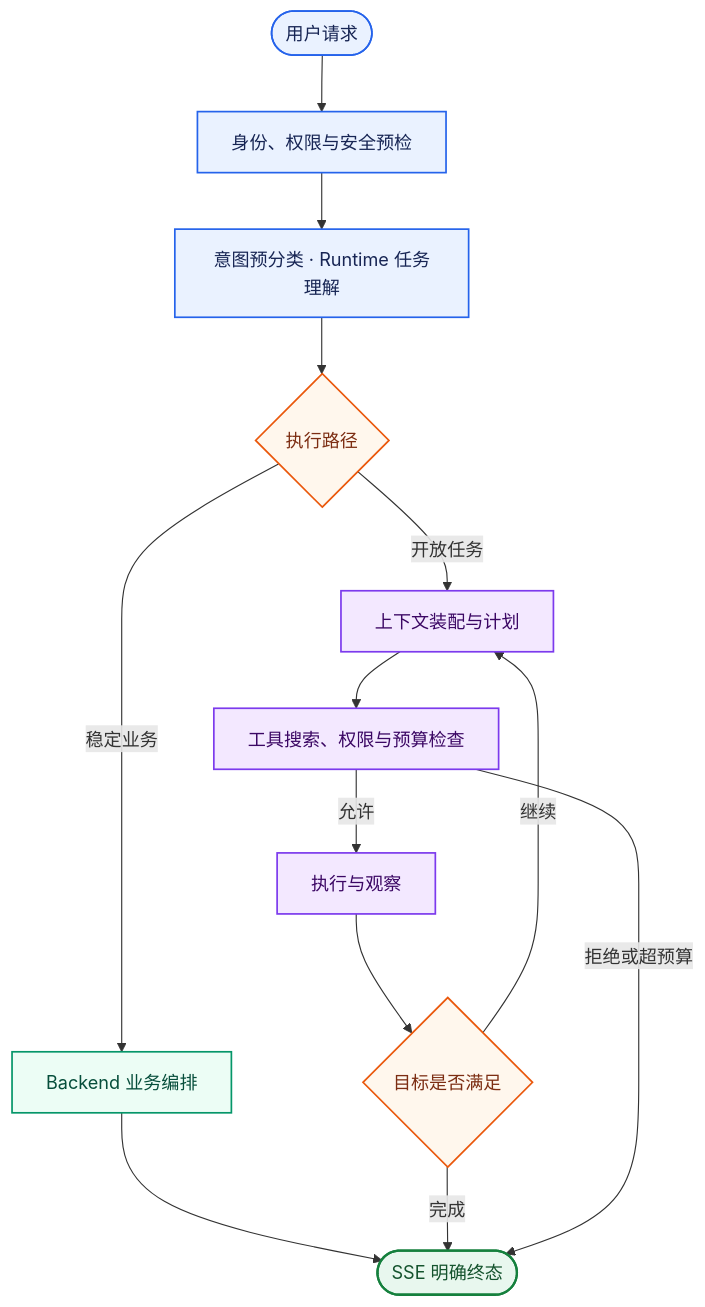
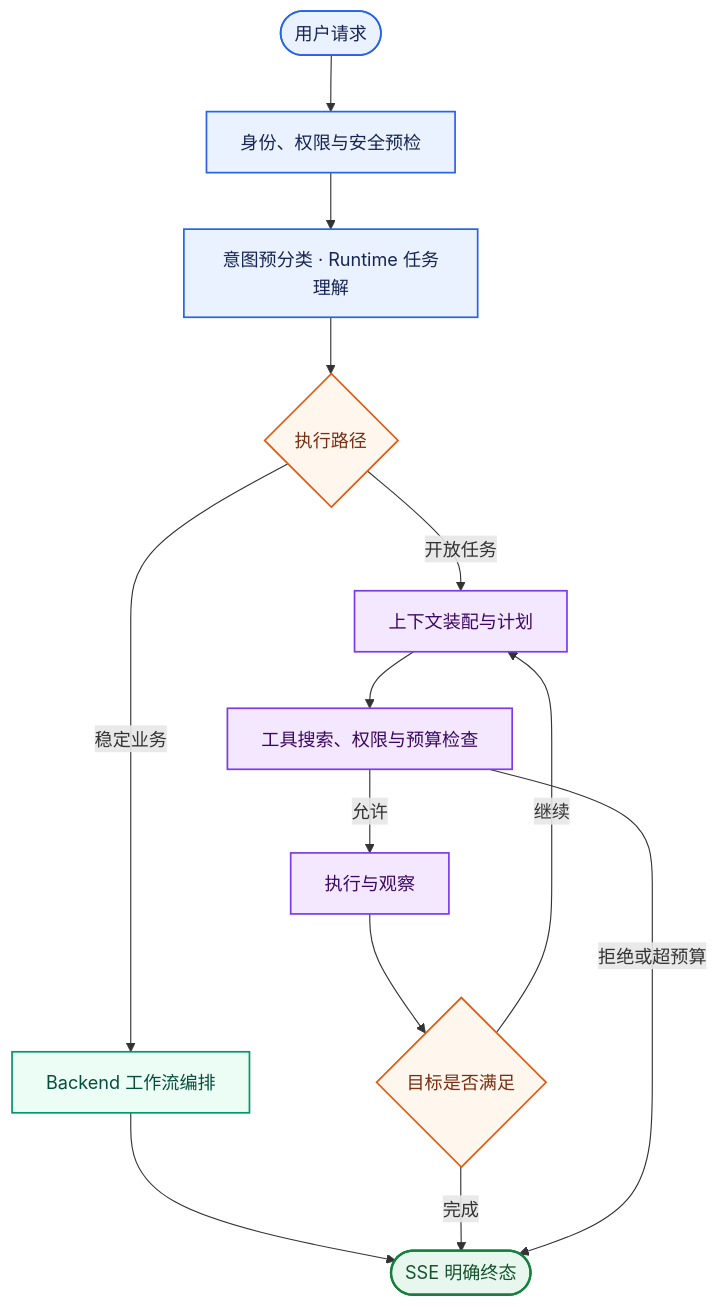
The diagram in README.md (Logistic98/job-buddy), drawn with Mermaid before and after one commit. The commit also changed other lines of this file and 3 other files, not shown here.

````diff
--- a/README.md
+++ b/README.md
@@ -53,30 +50,30 @@
 ```mermaid
 graph TD
     ENTRY(["用户请求"]) --> PRECHECK["身份、权限与安全预检"]
     PRECHECK --> UNDERSTAND["意图预分类 · Runtime 任务理解"]
     UNDERSTAND --> ROUTE{"执行路径"}
 
-    ROUTE -->|稳定业务| BUSINESS["Backend 业务编排"]
+    ROUTE -->|稳定业务| BUSINESS["Backend 工作流编排"]
     ROUTE -->|开放任务| PLAN
 
     PLAN["上下文装配与计划"] --> GUARD["工具搜索、权限与预算检查"]
     GUARD -->|允许| EXECUTE["执行与观察"]
     EXECUTE --> VERIFY{"目标是否满足"}
     VERIFY -->|继续| PLAN
 
     BUSINESS --> RESULT(["SSE 明确终态"])
     VERIFY -->|完成| RESULT
     GUARD -->|拒绝或超预算| RESULT
 
     classDef request fill:#EAF2FF,stroke:#2563EB,color:#172554,stroke-width:1.5px;
     classDef decision fill:#FFF7ED,stroke:#EA580C,color:#7C2D12,stroke-width:1.5px;
     classDef business fill:#ECFDF5,stroke:#059669,color:#064E3B,stroke-width:1.5px;
     classDef agent fill:#F3E8FF,stroke:#7C3AED,color:#3B0764,stroke-width:1.5px;
     classDef terminal fill:#E8F7EE,stroke:#15803D,color:#14532D,stroke-width:2px;
 
     class ENTRY,PRECHECK,UNDERSTAND request;
     class ROUTE,VERIFY decision;
     class BUSINESS business;
     class PLAN,GUARD,EXECUTE agent;
     class RESULT terminal;
 ```
````
